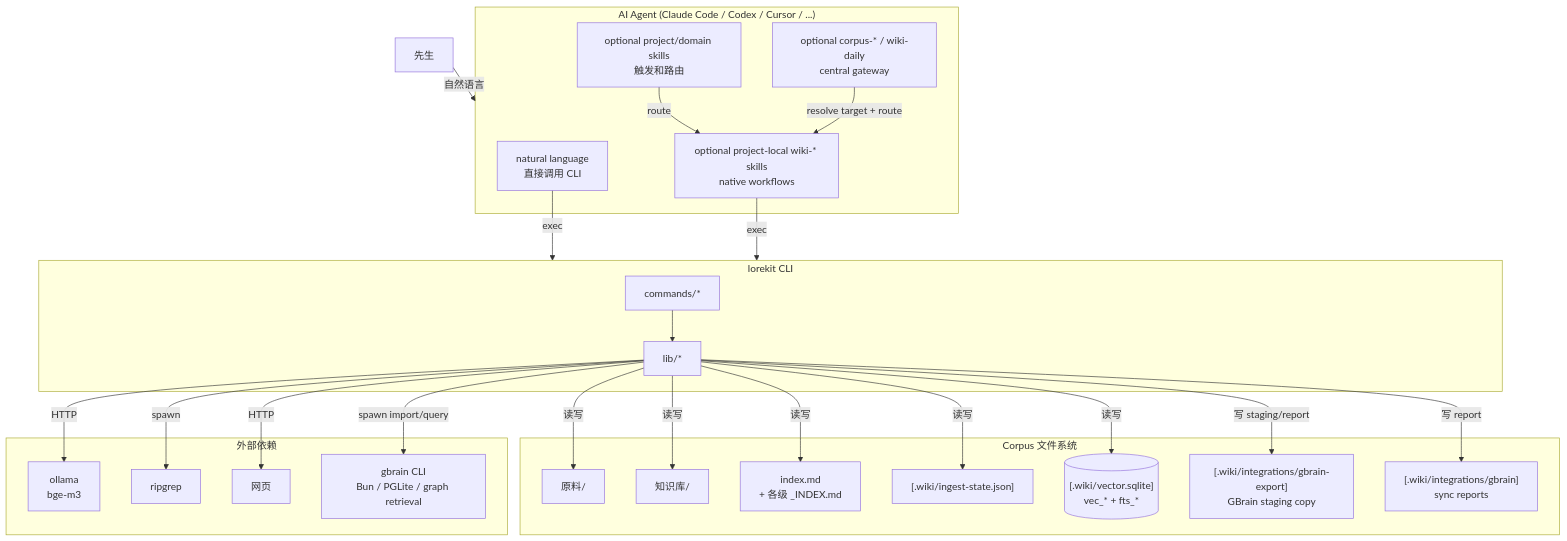
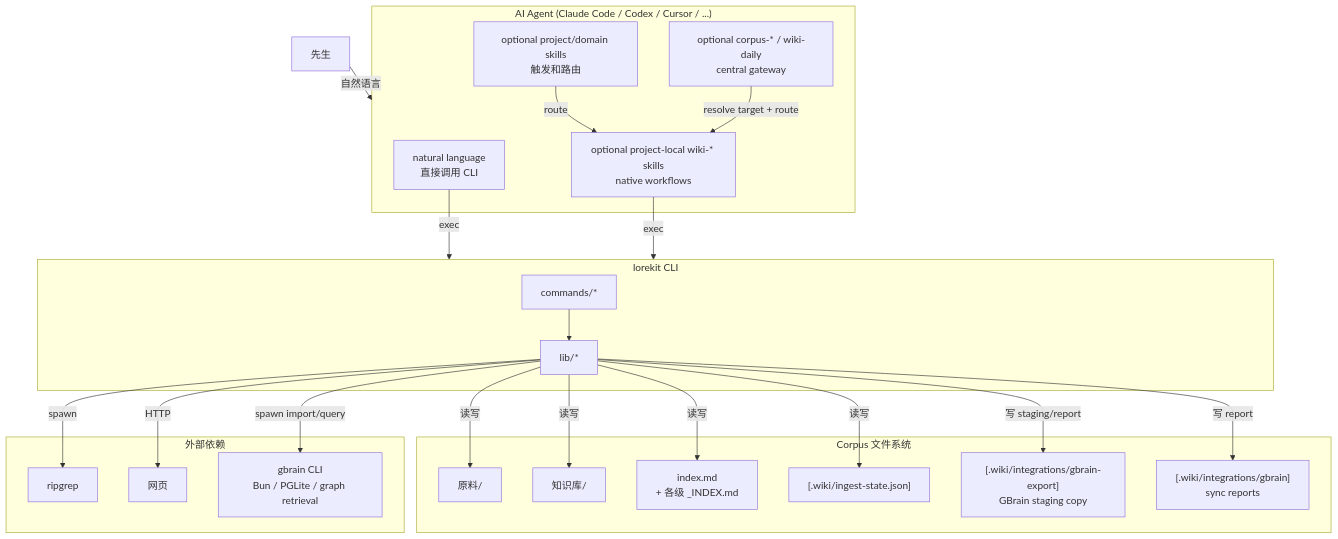
The first of 5 diagrams in docs/ARCHITECTURE.md (GYF0311/lorekit), drawn with Mermaid before and after one commit. The commit also changed other lines of this file and 90 other files, not shown here.

````diff
--- a/docs/ARCHITECTURE.md
+++ b/docs/ARCHITECTURE.md
@@ -36,49 +36,45 @@
 ```mermaid
 flowchart TB
   subgraph Agent["AI Agent (Claude Code / Codex / Cursor / ...)"]
     Natural["natural language<br/>直接调用 CLI"]
     ProjectSkills["optional project-local wiki-* skills<br/>native workflows"]
     DomainSkills["optional project/domain skills<br/>触发和路由"]
     GlobalSkills["optional corpus-* / wiki-daily<br/>central gateway"]
   end
 
   subgraph CLI["lorekit CLI"]
     Cmd["commands/*"]
     Lib["lib/*"]
     Cmd --> Lib
   end
 
   subgraph Corpus["Corpus 文件系统"]
     Raw["原料/"]
     Wiki["知识库/"]
     Index["index.md<br/>+ 各级 _INDEX.md"]
     State["[.wiki/ingest-state.json]"]
-    Vec[("[.wiki/vector.sqlite]<br/>vec_* + fts_*")]
     GBrainExport["[.wiki/integrations/gbrain-export]<br/>GBrain staging copy"]
     GBrainReport["[.wiki/integrations/gbrain]<br/>sync reports"]
   end
 
   subgraph External["外部依赖"]
-    Ollama["ollama<br/>bge-m3"]
     RG["ripgrep"]
     Web["网页"]
     GBrain["gbrain CLI<br/>Bun / PGLite / graph retrieval"]
   end
 
   User["先生"] -->|自然语言| Agent
   Natural -->|exec| CLI
   DomainSkills -->|route| ProjectSkills
   GlobalSkills -->|resolve target + route| ProjectSkills
   ProjectSkills -->|exec| CLI
   Lib -->|读写| Raw
   Lib -->|读写| Wiki
   Lib -->|读写| Index
   Lib -->|读写| State
-  Lib -->|读写| Vec
   Lib -->|写 staging/report| GBrainExport
   Lib -->|写 report| GBrainReport
-  Lib -->|HTTP| Ollama
   Lib -->|HTTP| Web
   Lib -->|spawn| RG
   Lib -->|spawn import/query| GBrain
 ```
````
